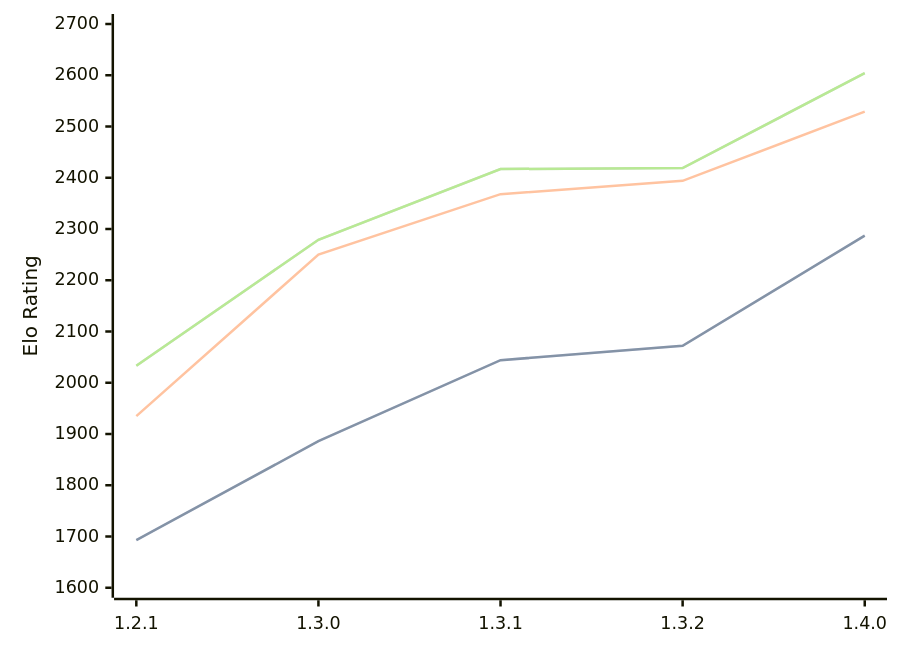
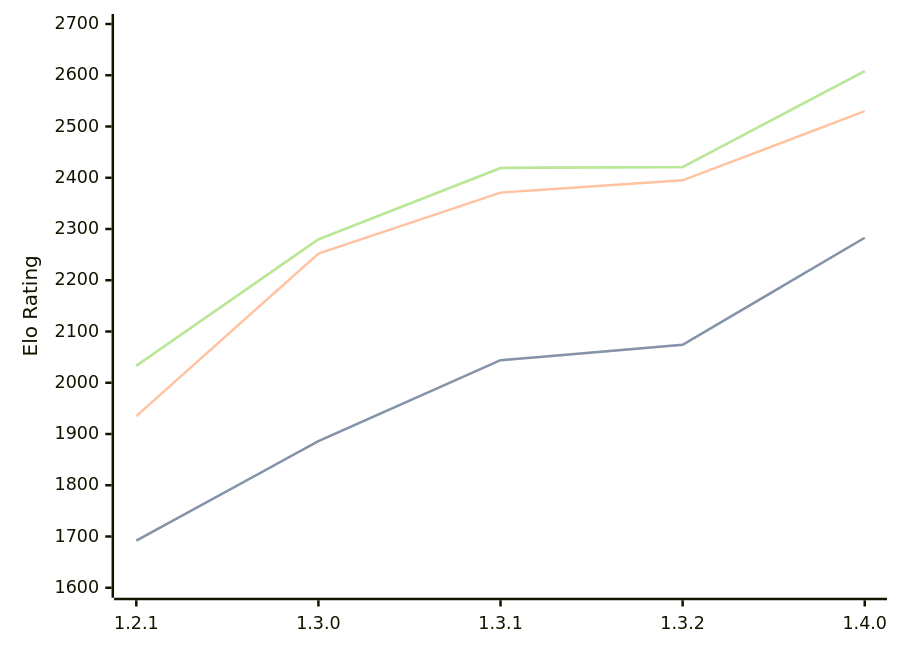
One commit to computer-chess-index/cci changed the diagram in engines/Chal.md. Above: the diagram before and after it, drawn with Mermaid. The commit also changed other lines of this file, not shown here.

Commit message:
Update CCI Ratings (ELO VLTC) - 2026-04-11

````diff
--- a/engines/Chal.md
+++ b/engines/Chal.md
@@ -38,11 +38,11 @@
 ```mermaid
 %%{init: {"theme":"base","themeVariables":{"seriesColors:['#a3a3a3','#222221','#faa371']}}}%%
 xychart-beta
   x-axis ["1.2.1", "1.3.0", "1.3.1", "1.3.2", "1.4.0"]
   y-axis "Elo Rating" 1600 --> 2700
-  line "STC (8.0+0.08s)" [1693, 1886, 2044, 2072, 2287]
-  line "STC (8.0+0.08s)" [1693, 1886, 2044, 2072, 2287]
-  line "LTC (60.0+0.60s)" [1935, 2250, 2368, 2394, 2529]
-  line "VLTC (2m24s+1.12s)" [2033, 2279, 2417, 2419, 2604]
-  line "VLTC (2m24s+1.12s)" [2033, 2279, 2417, 2419, 2604]
+  line "STC (8.0+0.08s)" [1692, 1886, 2044, 2074, 2283]
+  line "STC (8.0+0.08s)" [1692, 1886, 2044, 2074, 2283]
+  line "LTC (60.0+0.60s)" [1935, 2252, 2371, 2395, 2530]
+  line "VLTC (2m24s+1.12s)" [2033, 2280, 2419, 2421, 2608]
+  line "VLTC (2m24s+1.12s)" [2033, 2280, 2419, 2421, 2608]
 ```
````
